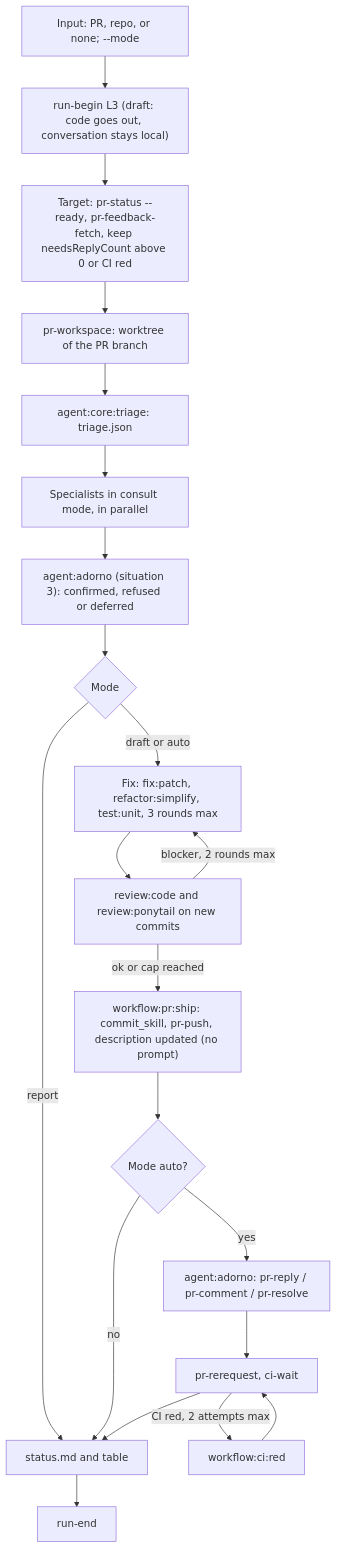
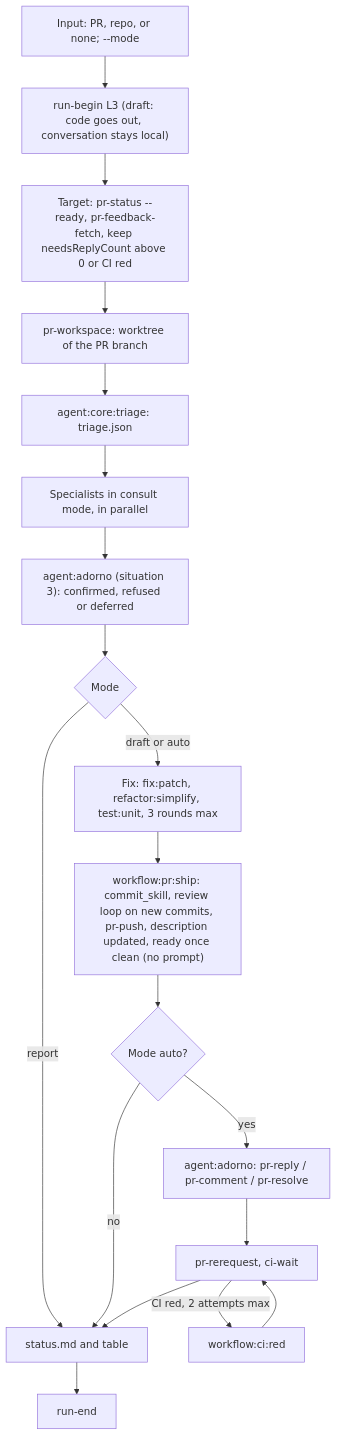
One commit to nicolasmondain/adorno changed the first of 2 diagrams in src/workflows/review/SCHEMA.md. Above: the diagram before and after it, drawn with Mermaid. The commit also changed 35 other files, not shown here.

First line of the commit message:
feat(workflows): fix every 🔴/🟠 in the flow, then open the PR ready for review

````diff
--- a/src/workflows/review/SCHEMA.md
+++ b/src/workflows/review/SCHEMA.md
@@ -5,23 +5,21 @@
 ```mermaid
 flowchart TD
   A["Input: PR, repo, or none; --mode"] --> B["run-begin L3 (draft: code goes out, conversation stays local)"]
   B --> C["Target: pr-status --ready, pr-feedback-fetch, keep needsReplyCount above 0 or CI red"]
   C --> D["pr-workspace: worktree of the PR branch"]
   D --> E["agent:core:triage: triage.json"]
   E --> F["Specialists in consult mode, in parallel"]
   F --> G["agent:adorno (situation 3): confirmed, refused or deferred"]
   G --> H{"Mode"}
   H -->|"report"| N["status.md and table"]
   H -->|"draft or auto"| I["Fix: fix:patch, refactor:simplify, test:unit, 3 rounds max"]
-  I --> J["review:code and review:ponytail on new commits"]
-  J -->|"blocker, 2 rounds max"| I
-  J -->|"ok or cap reached"| SH["workflow:pr:ship: commit_skill, pr-push, description updated (no prompt)"]
+  I --> SH["workflow:pr:ship: commit_skill, review loop on new commits, pr-push, description updated, ready once clean (no prompt)"]
   SH --> K{"Mode auto?"}
   K -->|"no"| N
   K -->|"yes"| L["agent:adorno: pr-reply / pr-comment / pr-resolve"]
   L --> M["pr-rerequest, ci-wait"]
   M -->|"CI red, 2 attempts max"| R["workflow:ci:red"]
   R --> M
   M --> N
   N --> O["run-end"]
 ```
````
